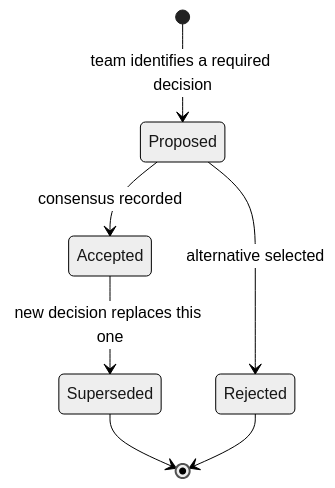
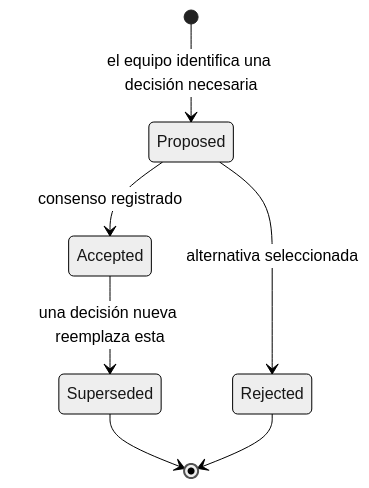
The diagram in 07-concepts/06-architecture-decision-records.md (paulasilvatech/datacorp-sifap-team-kit-pt-br), drawn with Mermaid before and after one commit. The commit also changed other lines of this file and 386 other files, not shown here.

````diff
--- a/07-concepts/06-architecture-decision-records.md
+++ b/07-concepts/06-architecture-decision-records.md
@@ -71,10 +71,10 @@
 ```mermaid
 %%{init: {'theme':'neutral','themeVariables':{'fontFamily':'ui-sans-serif, system-ui, sans-serif','primaryColor':'#F5F5F5','primaryTextColor':'#171717','primaryBorderColor':'#171717','lineColor':'#525252','secondaryColor':'#FFFFFF','tertiaryColor':'#FAFAFA','background':'#FFFFFF'}}}%%
 stateDiagram-v2
-    [*] --> Proposed : team identifies a required decision
-    Proposed --> Accepted : consensus recorded
-    Proposed --> Rejected : alternative selected
-    Accepted --> Superseded : new decision replaces this one
+    [*] --> Proposed : el equipo identifica una decisión necesaria
+    Proposed --> Accepted : consenso registrado
+    Proposed --> Rejected : alternativa seleccionada
+    Accepted --> Superseded : una decisión nueva reemplaza esta
     Superseded --> [*]
     Rejected --> [*]
 ```
````
